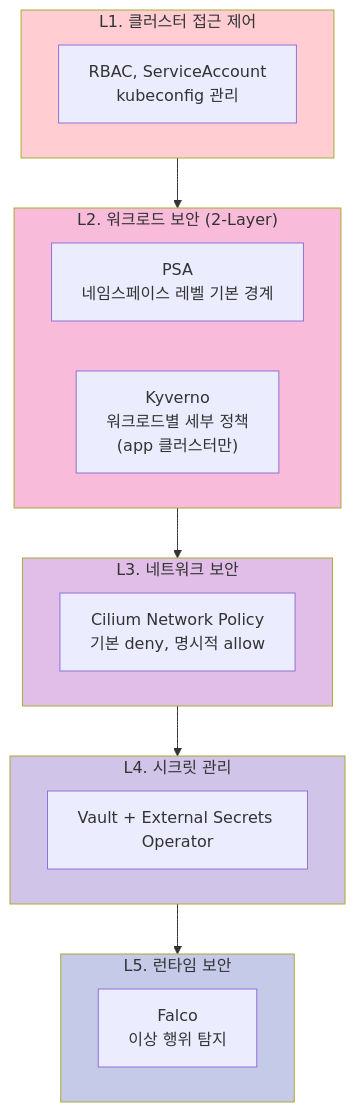
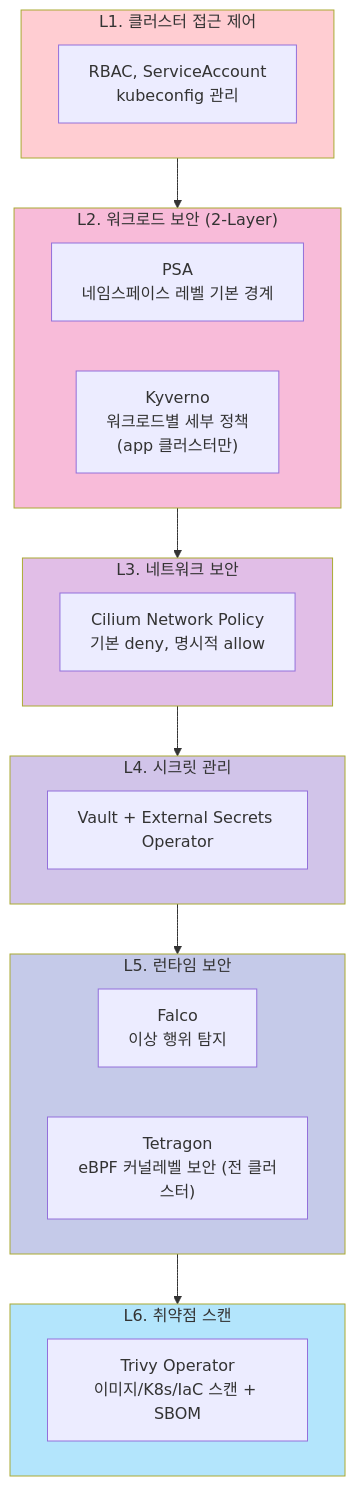
The fourth of 8 diagrams in document/on-premise/ARCHITECTURE.md (bocopile/mac-k8s-multipass-terraform), drawn with Mermaid before and after one commit. The commit also changed other lines of this file and 4 other files, not shown here.

````diff
--- a/document/on-premise/ARCHITECTURE.md
+++ b/document/on-premise/ARCHITECTURE.md
@@ -374,31 +378,37 @@
 ```mermaid
 flowchart TB
     subgraph L1["L1. 클러스터 접근 제어"]
         access["RBAC, ServiceAccount<br/>kubeconfig 관리"]
     end
 
     subgraph L2["L2. 워크로드 보안 (2-Layer)"]
         PSA["PSA<br/>네임스페이스 레벨 기본 경계"]
         Kyverno["Kyverno<br/>워크로드별 세부 정책<br/>(app 클러스터만)"]
     end
 
     subgraph L3["L3. 네트워크 보안"]
         netpol["Cilium Network Policy<br/>기본 deny, 명시적 allow"]
     end
 
     subgraph L4["L4. 시크릿 관리"]
         secrets["Vault + External Secrets Operator"]
     end
 
     subgraph L5["L5. 런타임 보안"]
         runtime["Falco<br/>이상 행위 탐지"]
+        tetragon["Tetragon<br/>eBPF 커널레벨 보안 (전 클러스터)"]
     end
 
-    L1 --> L2 --> L3 --> L4 --> L5
+    subgraph L6["L6. 취약점 스캔"]
+        trivy["Trivy Operator<br/>이미지/K8s/IaC 스캔 + SBOM"]
+    end
+
+    L1 --> L2 --> L3 --> L4 --> L5 --> L6
 
     style L1 fill:#ffcdd2
     style L2 fill:#f8bbd9
     style L3 fill:#e1bee7
     style L4 fill:#d1c4e9
     style L5 fill:#c5cae9
+    style L6 fill:#b3e5fc
 ```
````
